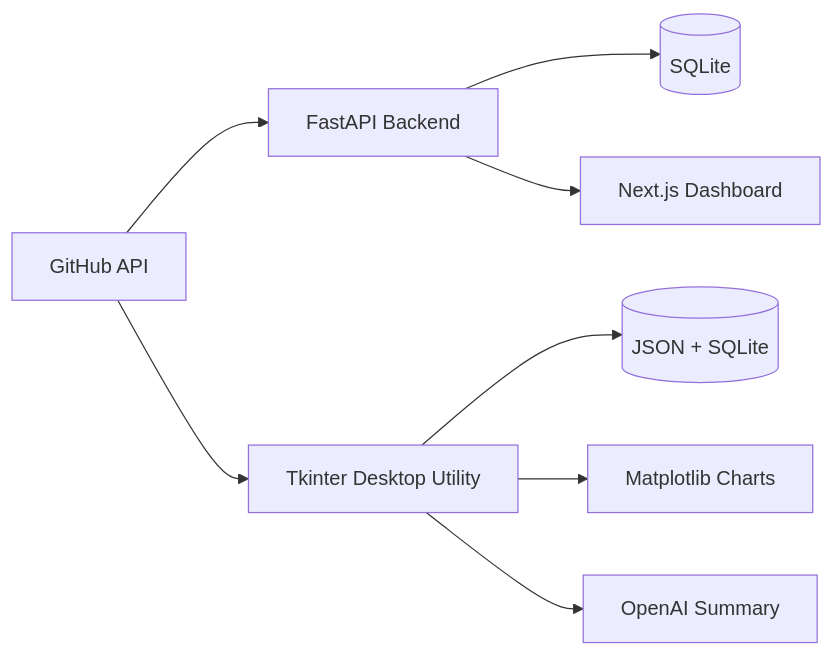
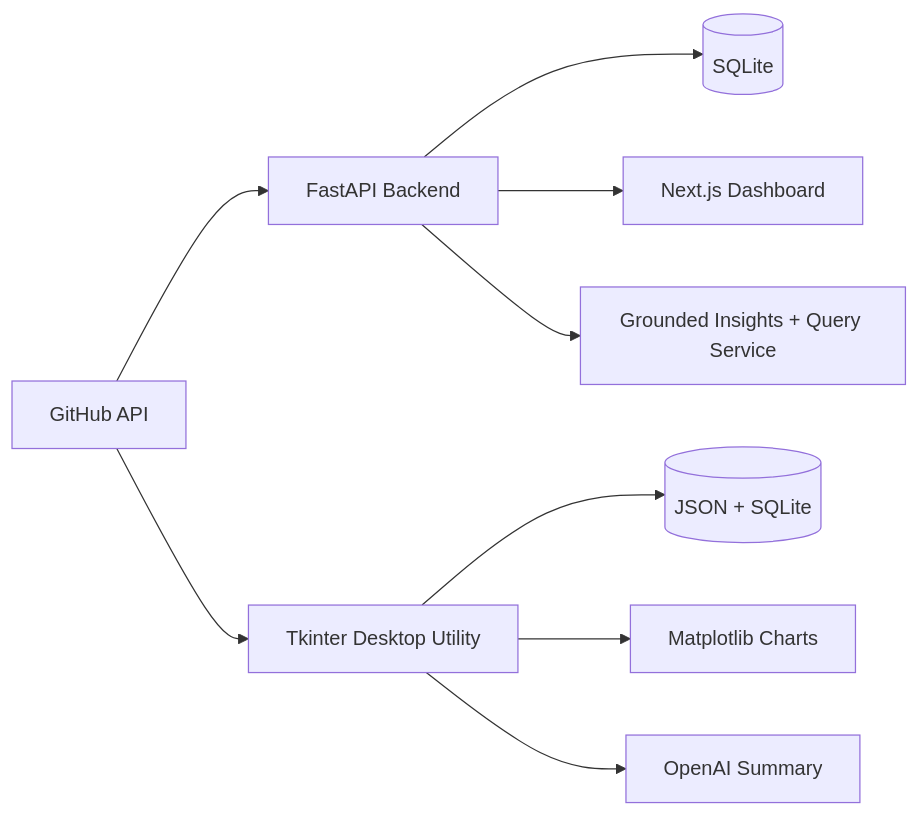
The diagram in README.md (jaseva/GithubFollowerChecker), drawn with Mermaid before and after one commit. The commit also changed other lines of this file and 16 other files, not shown here.

First line of the commit message:
Add AI insights & dashboard query features

````diff
--- a/README.md
+++ b/README.md
@@ -206,10 +228,11 @@
 ```mermaid
 flowchart LR
     A[GitHub API] --> B[FastAPI Backend]
-    B --> C[(SQLite)]
-    B --> D[Next.js Dashboard]
-    A --> E[Tkinter Desktop Utility]
-    E --> F[(JSON + SQLite)]
-    E --> G[Matplotlib Charts]
+B --> C[(SQLite)]
+B --> D[Next.js Dashboard]
+B --> I[Grounded Insights + Query Service]
+A --> E[Tkinter Desktop Utility]
+E --> F[(JSON + SQLite)]
+E --> G[Matplotlib Charts]
     E --> H[OpenAI Summary]
 ```
````
